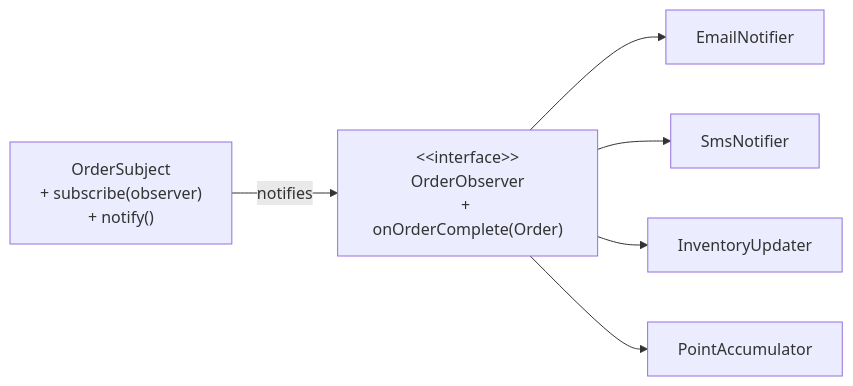
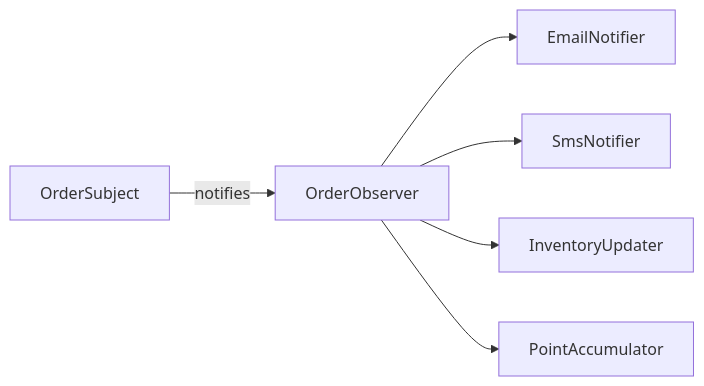
Before and after one commit to yjkim2015/yjkim2015.github.io: the second of 8 diagrams in _posts/designPattern/2026-05-12-behavioral-patterns.md, drawn with Mermaid. The commit also changed other lines of this file and 245 other files, not shown here.

First line of the commit message:
Mermaid 다이어그램 전면 수정 + 면접 포인트 접기/펼치기 + DB 데드락 페이지

````diff
--- a/_posts/designPattern/2026-05-12-behavioral-patterns.md
+++ b/_posts/designPattern/2026-05-12-behavioral-patterns.md
@@ -170,8 +170,8 @@
 ```mermaid
 graph LR
-    Subject["OrderSubject\n+ subscribe(observer)\n+ notify()"] -->|notifies| Observer["&lt;&lt;interface&gt;&gt;\nOrderObserver\n+ onOrderComplete(Order)"]
+    Subject["OrderSubject"] -->|notifies| Observer["OrderObserver"]
     Observer --> Email["EmailNotifier"]
     Observer --> SMS["SmsNotifier"]
     Observer --> Inventory["InventoryUpdater"]
     Observer --> Point["PointAccumulator"]
 ```
````
